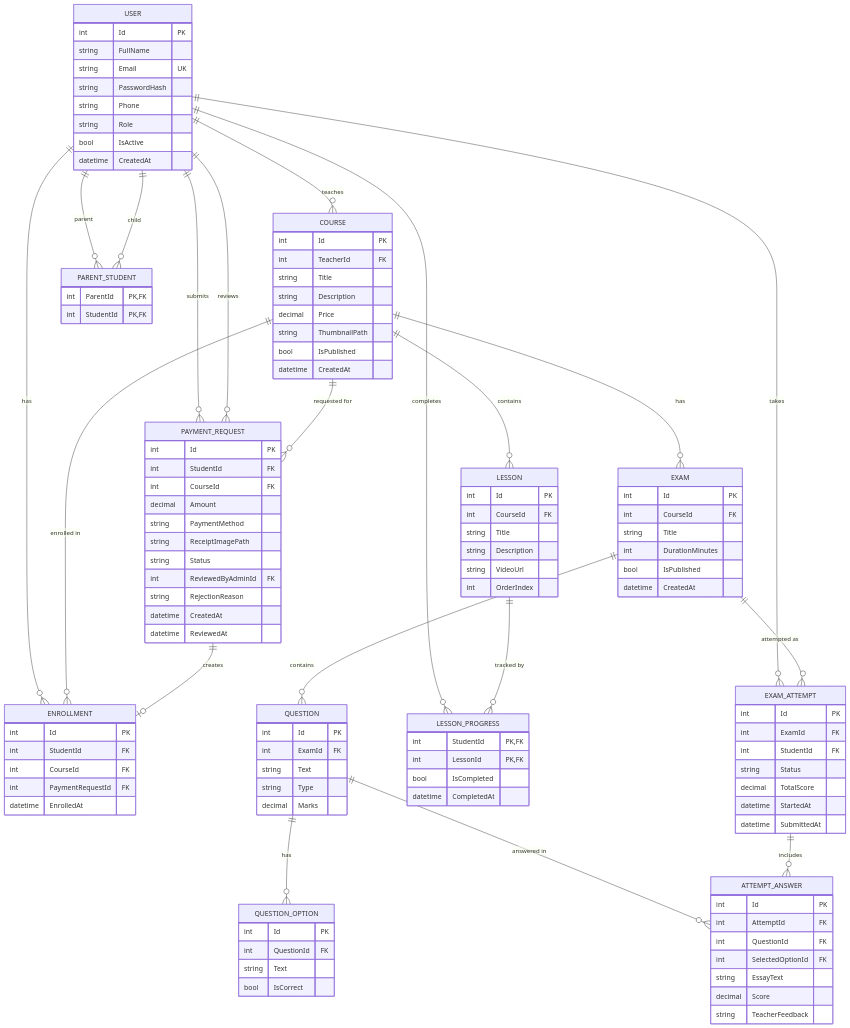
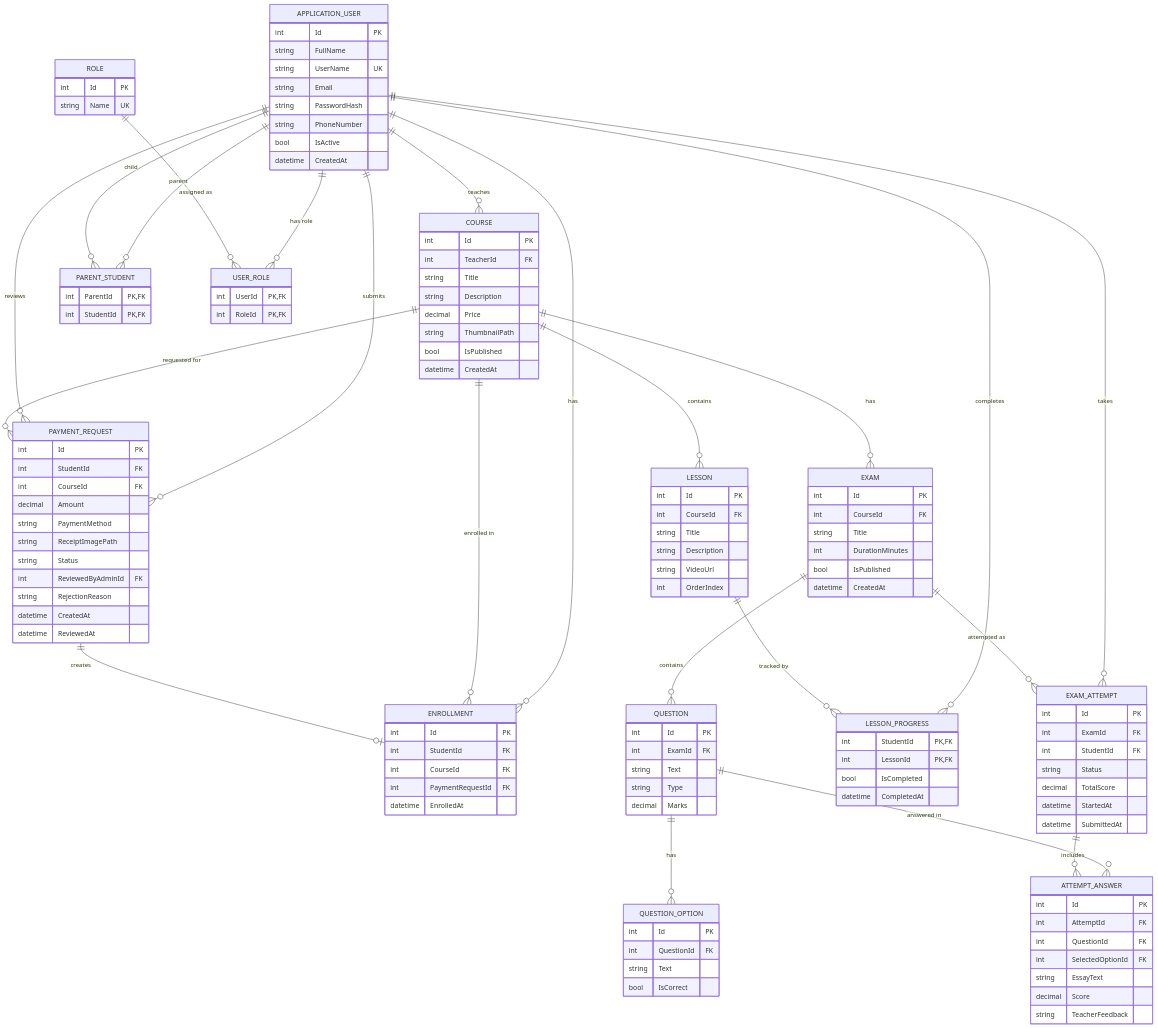
The diagram in docs/4-analysis-design/05-database-design.md (MohamedHany1n/Educational-Platform), drawn with Mermaid before and after one commit. The commit also changed other lines of this file and 7 other files, not shown here.

Commit message:
docs: align database, class diagram and requirements with the implemented code

````diff
--- a/docs/4-analysis-design/05-database-design.md
+++ b/docs/4-analysis-design/05-database-design.md
@@ -5,13 +5,15 @@
 ```mermaid
 erDiagram
-    USER ||--o{ COURSE : "teaches"
-    USER ||--o{ PAYMENT_REQUEST : "submits"
-    USER ||--o{ PAYMENT_REQUEST : "reviews"
-    USER ||--o{ ENROLLMENT : "has"
-    USER ||--o{ EXAM_ATTEMPT : "takes"
-    USER ||--o{ LESSON_PROGRESS : "completes"
-    USER ||--o{ PARENT_STUDENT : "parent"
-    USER ||--o{ PARENT_STUDENT : "child"
+    APPLICATION_USER ||--o{ COURSE : "teaches"
+    APPLICATION_USER ||--o{ PAYMENT_REQUEST : "submits"
+    APPLICATION_USER ||--o{ PAYMENT_REQUEST : "reviews"
+    APPLICATION_USER ||--o{ ENROLLMENT : "has"
+    APPLICATION_USER ||--o{ EXAM_ATTEMPT : "takes"
+    APPLICATION_USER ||--o{ LESSON_PROGRESS : "completes"
+    APPLICATION_USER ||--o{ PARENT_STUDENT : "parent"
+    APPLICATION_USER ||--o{ PARENT_STUDENT : "child"
+    APPLICATION_USER ||--o{ USER_ROLE : "has role"
+    ROLE ||--o{ USER_ROLE : "assigned as"
     COURSE ||--o{ LESSON : "contains"
     COURSE ||--o{ EXAM : "has"
     COURSE ||--o{ PAYMENT_REQUEST : "requested for"
@@ -24,15 +26,23 @@
     QUESTION ||--o{ ATTEMPT_ANSWER : "answered in"
     EXAM_ATTEMPT ||--o{ ATTEMPT_ANSWER : "includes"
 
-    USER {
+    APPLICATION_USER {
         int Id PK
         string FullName
-        string Email UK
+        string UserName UK
+        string Email
         string PasswordHash
-        string Phone
-        string Role
+        string PhoneNumber
         bool IsActive
         datetime CreatedAt
+    }
+    ROLE {
+        int Id PK
+        string Name UK
+    }
+    USER_ROLE {
+        int UserId PK, FK
+        int RoleId PK, FK
     }
     PARENT_STUDENT {
         int ParentId PK, FK
````
